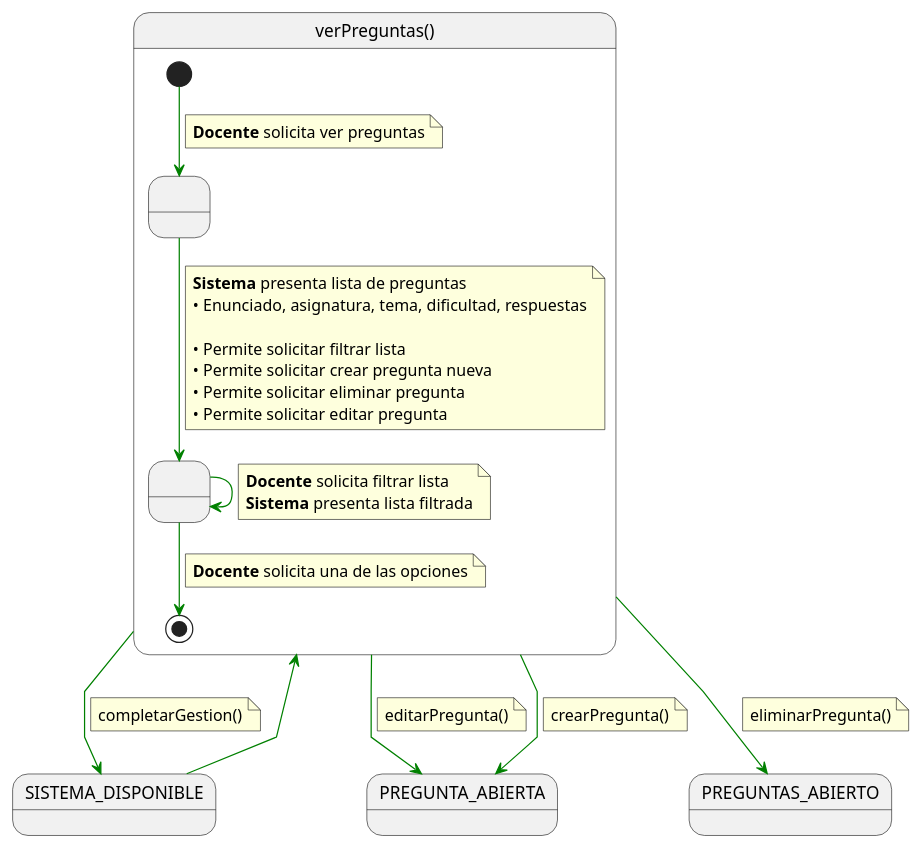
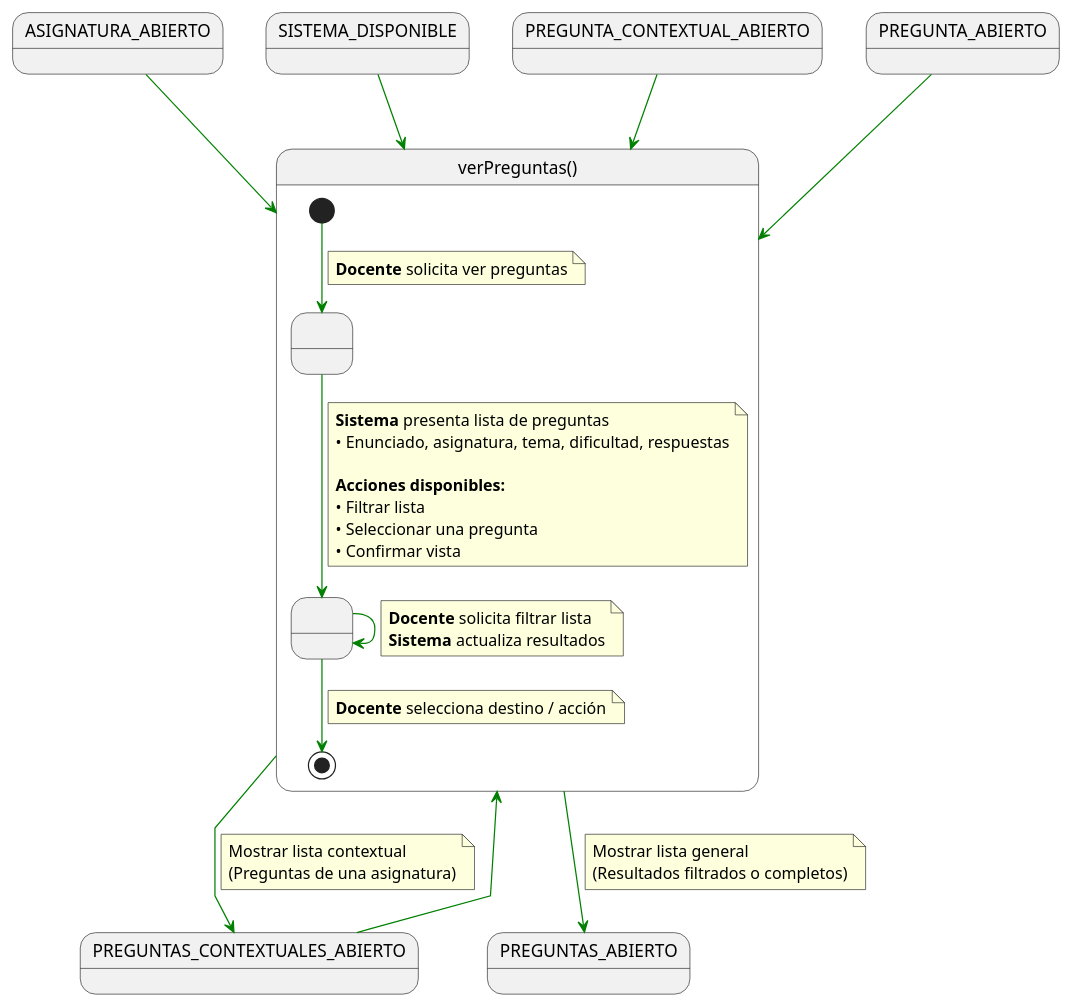
One commit to martinlopez7/25-26-IdSw1-SdR changed the diagram in documents/casos-de-uso/detalladoCasosDeUso/verPreguntas/verPreguntas.puml. Above: the diagram before and after it, drawn with PlantUML. The commit also changed 2 other files, not shown here.

Commit message:
feat(cu): añade estados a detallado de verPreguntas() y corrige crearPregunta [refs #70]

```diff
--- a/documents/casos-de-uso/detalladoCasosDeUso/verPreguntas/verPreguntas.puml
+++ b/documents/casos-de-uso/detalladoCasosDeUso/verPreguntas/verPreguntas.puml
@@ -1,60 +1,71 @@
 @startuml verPreguntas
+skinparam linetype polyline
 
-skinparam linetype polyline
+' 1. Definición de Estados Externos
+state ASIGNATURA_ABIERTO
+state SISTEMA_DISPONIBLE
+state PREGUNTA_CONTEXTUAL_ABIERTO
+state PREGUNTA_ABIERTO
+state PREGUNTAS_ABIERTO
+state PREGUNTAS_CONTEXTUALES_ABIERTO
+
+' 2. Transiciones de ENTRADA (Todos los orígenes solicitados)
+ASIGNATURA_ABIERTO -[#green]-> verPreguntas
+SISTEMA_DISPONIBLE -[#green]-> verPreguntas
+PREGUNTA_CONTEXTUAL_ABIERTO -[#green]-> verPreguntas
+PREGUNTA_ABIERTO -[#green]-> verPreguntas
+PREGUNTAS_CONTEXTUALES_ABIERTO -[#green]-> verPreguntas
 
 state verPreguntas as "verPreguntas()" {
 
     state " " as MostrandoPreguntas
     state " " as FiltrandoPreguntas
 
     [*] -[#green]-> MostrandoPreguntas
     note on link
     <b>Docente</b> solicita ver preguntas
     end note    
-   
+    
     MostrandoPreguntas -[#green]-> FiltrandoPreguntas
     note on link
     <b>Sistema</b> presenta lista de preguntas
     • Enunciado, asignatura, tema, dificultad, respuestas
-   
-    • Permite solicitar filtrar lista
-    • Permite solicitar crear pregunta nueva
-    • Permite solicitar eliminar pregunta
-    • Permite solicitar editar pregunta
+    
+    <b>Acciones disponibles:</b>
+    • Filtrar lista
+    • Seleccionar una pregunta
+    • Confirmar vista
     end note
-   
+    
     FiltrandoPreguntas -[#green]-> FiltrandoPreguntas
     note on link
     <b>Docente</b> solicita filtrar lista
-    <b>Sistema</b> presenta lista filtrada
+    <b>Sistema</b> actualiza resultados
     end note
-   
+    
     FiltrandoPreguntas -[#green]-> [*]
     note on link
-    <b>Docente</b> solicita una de las opciones
+    <b>Docente</b> selecciona destino / acción
     end note
 }
 
-SISTEMA_DISPONIBLE -[#green]-> verPreguntas
+' 3. Transiciones de SALIDA (Destinos solicitados)
 
-verPreguntas -[#green]-> PREGUNTA_ABIERTA
+
+
+' Salida 2: Cargar lista general
+verPreguntas -[#green]-> PREGUNTAS_ABIERTO
 note on link
-editarPregunta()
+Mostrar lista general
+(Resultados filtrados o completos)
 end note
 
-verPreguntas -[#green]-> PREGUNTA_ABIERTA
+' Salida 3: Cargar lista contextual
+verPreguntas -[#green]-> PREGUNTAS_CONTEXTUALES_ABIERTO
 note on link
-crearPregunta()
+Mostrar lista contextual
+(Preguntas de una asignatura)
 end note
 
-verPreguntas -[#green]-> PREGUNTAS_ABIERTO
-note on link
-eliminarPregunta()
-end note
-
-verPreguntas -[#green]-> SISTEMA_DISPONIBLE
-note on link
-completarGestion()
-end note
 
 @enduml
```
